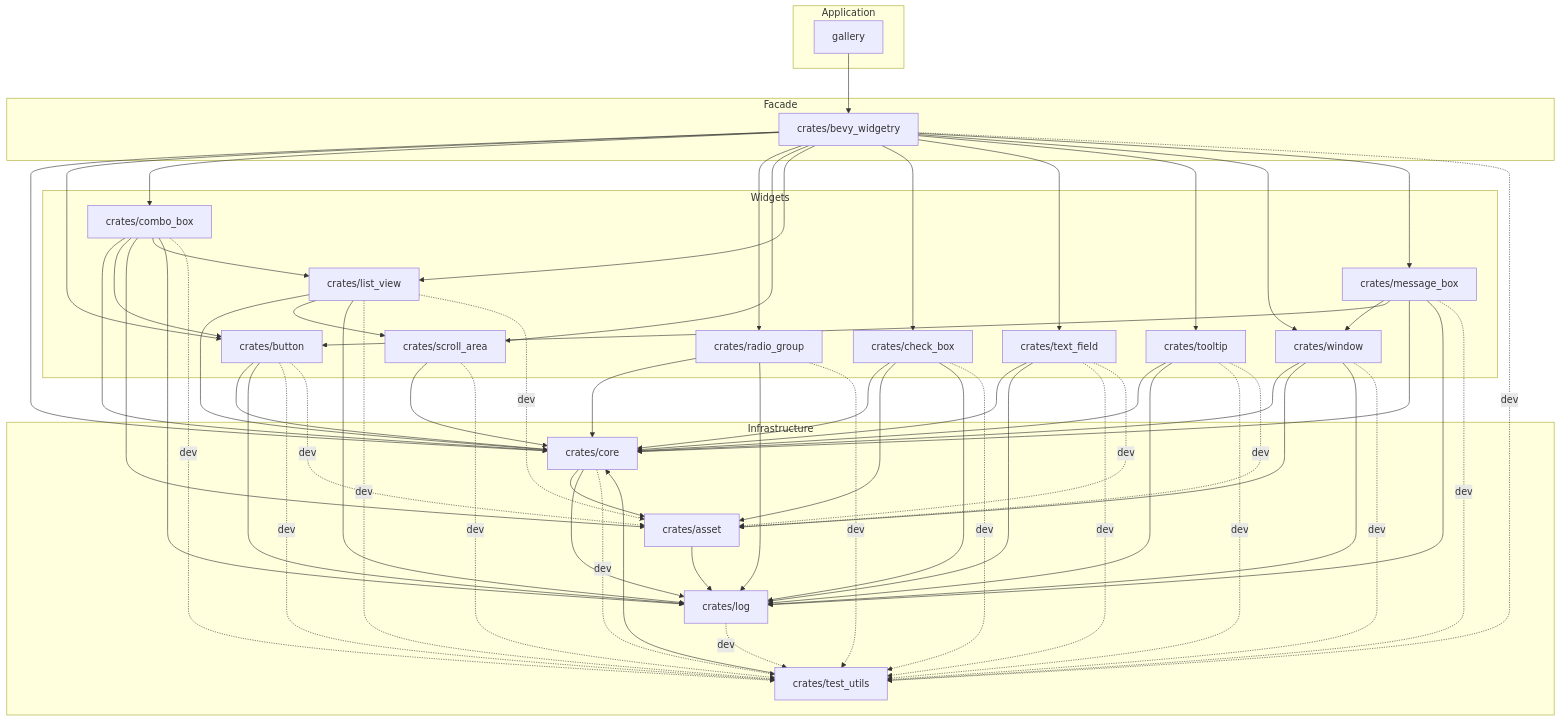
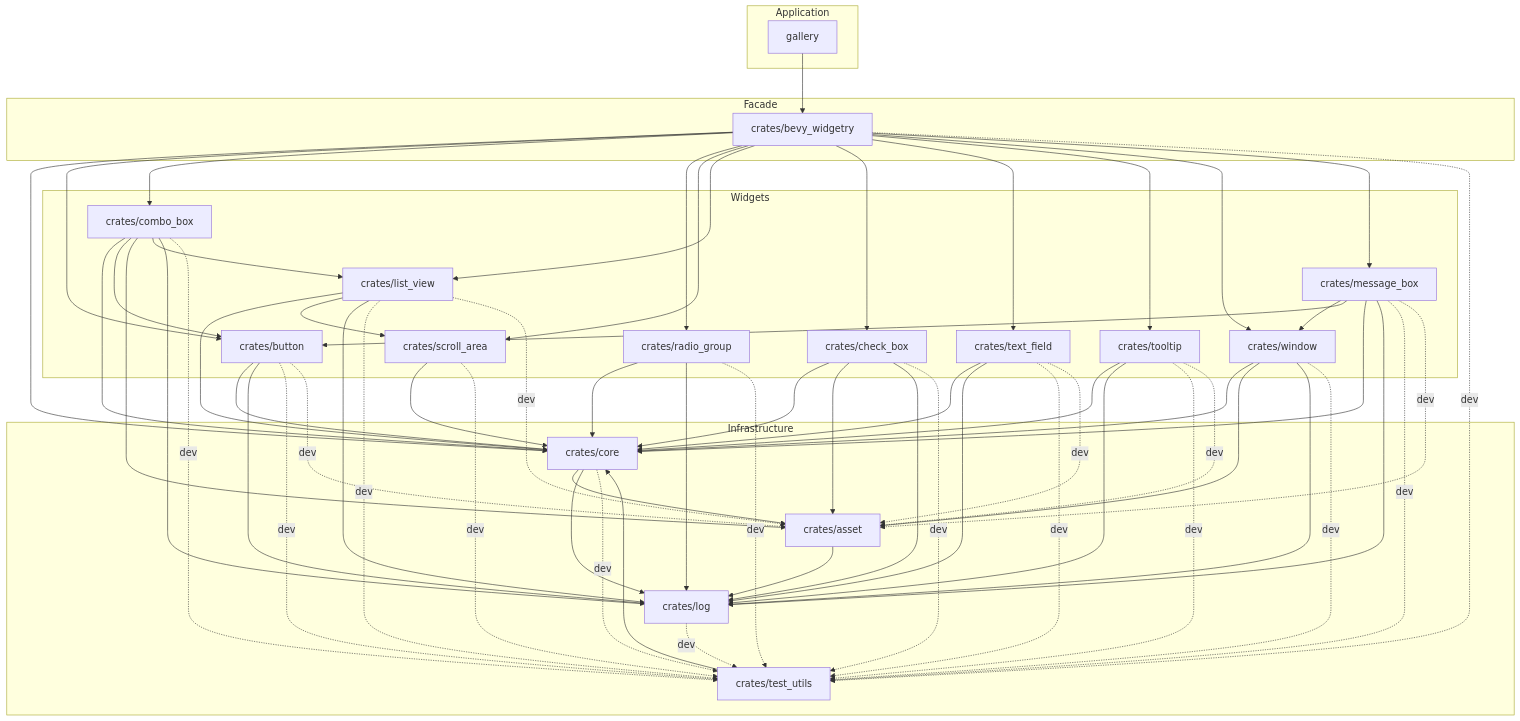
Before and after one commit to slc90/bevy_widgetry: the diagram in docs/architecture.md, drawn with Mermaid. The commit also changed 5 other files, not shown here.

Commit message:
修正 MessageBox 在结果 observer command 应用前关闭的问题

````diff
--- a/docs/architecture.md
+++ b/docs/architecture.md
@@ -259,4 +259,5 @@
     tooltip -. dev .-> asset
     window -. dev .-> test_utils
     message_box -. dev .-> test_utils
+    message_box -. dev .-> asset
 ```
````
